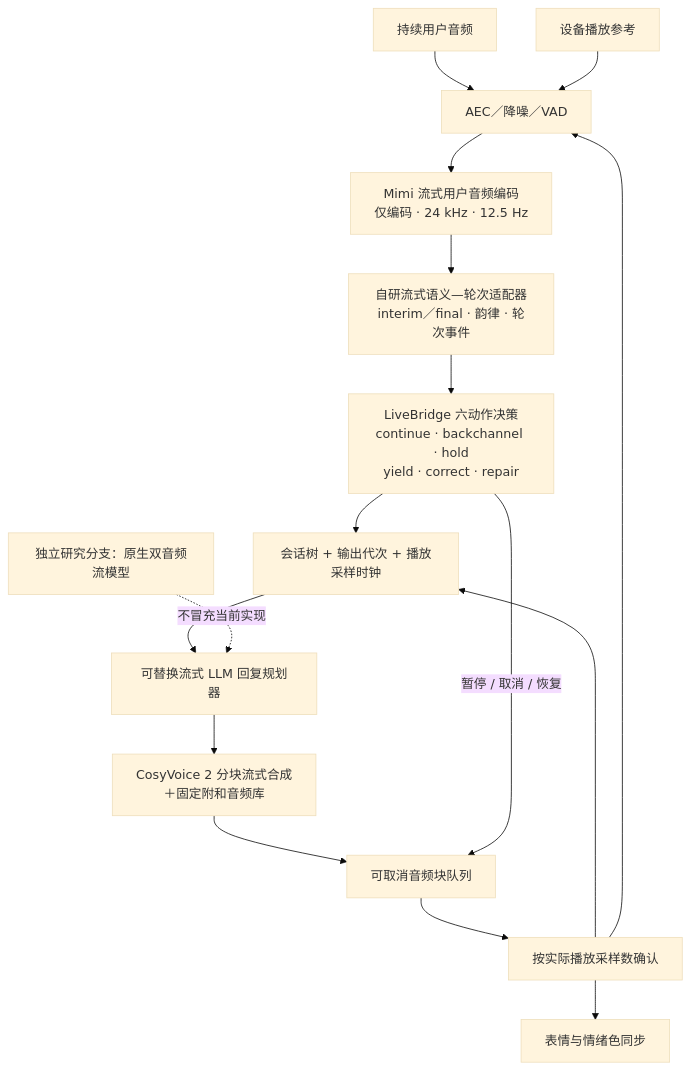
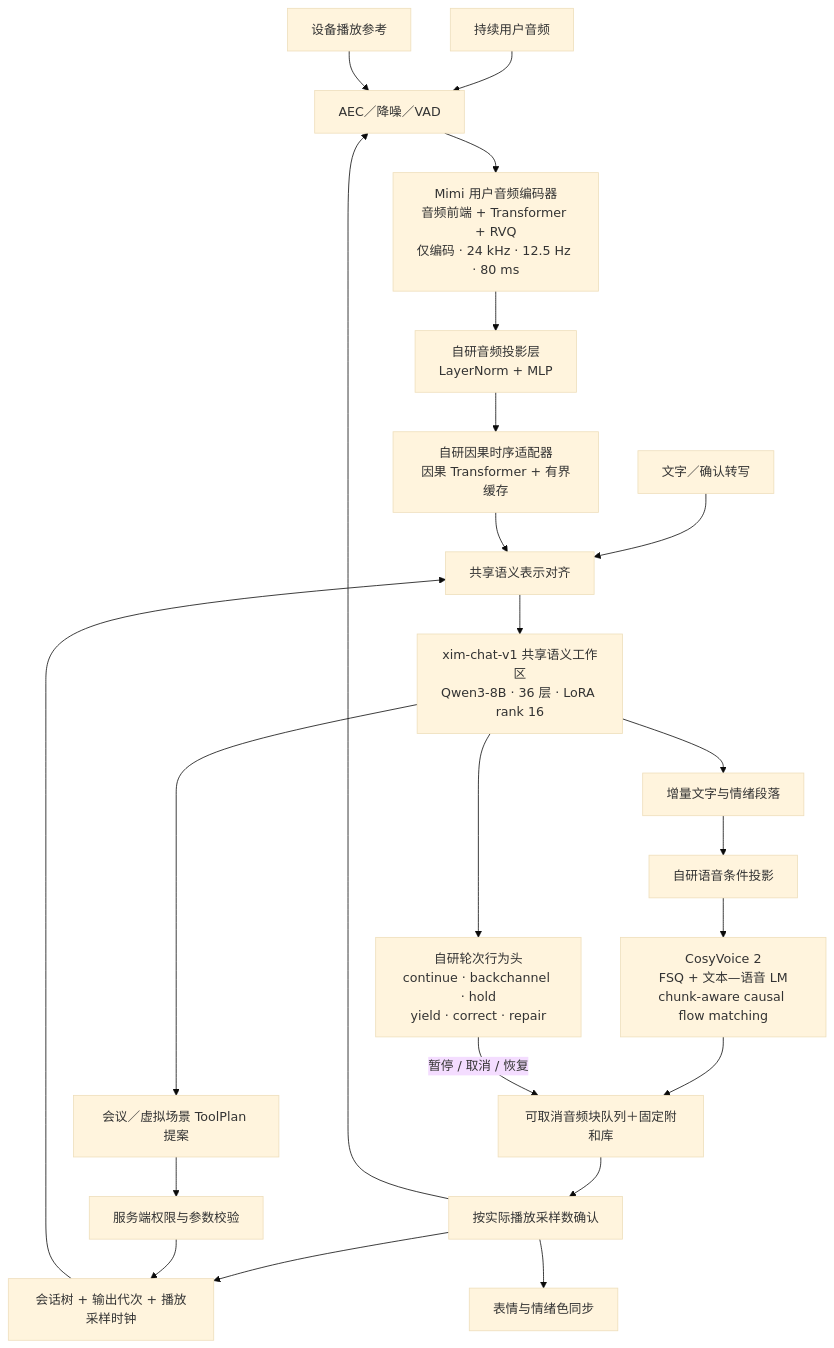
One commit to wuki-creator/Xim-duplex changed the fifth of 6 diagrams in docs/MODEL_FLOW.md. Above: the diagram before and after it, drawn with Mermaid (base theme). The commit also changed other lines of this file and 6 other files, not shown here.

Commit message:
docs: define MOSS-free multimodal fusion architecture

````diff
--- a/docs/MODEL_FLOW.md
+++ b/docs/MODEL_FLOW.md
@@ -123,18 +123,25 @@
 ```mermaid
 flowchart TD
     AUDIO[持续用户音频] --> AEC[AEC／降噪／VAD]
     REF[设备播放参考] --> AEC
-    AEC --> MIMI[Mimi 流式用户音频编码<br/>仅编码 · 24 kHz · 12.5 Hz]
-    MIMI --> ADAPT[自研流式语义—轮次适配器<br/>interim／final · 韵律 · 轮次事件]
-    ADAPT --> POLICY[LiveBridge 六动作决策<br/>continue · backchannel · hold<br/>yield · correct · repair]
-    POLICY --> STATE[会话树 + 输出代次 + 播放采样时钟]
-    STATE --> GEN[可替换流式 LLM 回复规划器]
-    GEN --> CV2[CosyVoice 2 分块流式合成<br/>＋固定附和音频库]
-    CV2 --> PLAY[可取消音频块队列]
+    AEC --> MIMI[Mimi 用户音频编码器<br/>音频前端 + Transformer + RVQ<br/>仅编码 · 24 kHz · 12.5 Hz · 80 ms]
+    MIMI --> PROJ[自研音频投影层<br/>LayerNorm + MLP]
+    PROJ --> ADAPT[自研因果时序适配器<br/>因果 Transformer + 有界缓存]
+    TEXT[文字／确认转写] --> ALIGN[共享语义表示对齐]
+    ADAPT --> ALIGN
+    STATE[会话树 + 输出代次 + 播放采样时钟] --> ALIGN
+    ALIGN --> XIM[xim-chat-v1 共享语义工作区<br/>Qwen3-8B · 36 层 · LoRA rank 16]
+    XIM --> POLICY[自研轮次行为头<br/>continue · backchannel · hold<br/>yield · correct · repair]
+    XIM --> SEG[增量文字与情绪段落]
+    SEG --> VPROJ[自研语音条件投影]
+    VPROJ --> CV2[CosyVoice 2<br/>FSQ + 文本—语音 LM<br/>chunk-aware causal flow matching]
+    CV2 --> PLAY[可取消音频块队列＋固定附和库]
     PLAY --> ACK[按实际播放采样数确认]
     ACK --> STATE
     ACK --> AEC
     ACK --> FACE[表情与情绪色同步]
     POLICY -->|暂停 / 取消 / 恢复| PLAY
-    RESEARCH[独立研究分支：原生双音频流模型] -.不冒充当前实现.-> GEN
+    XIM --> PLAN[会议／虚拟场景 ToolPlan 提案]
+    PLAN --> CHECK[服务端权限与参数校验]
+    CHECK --> STATE
 ```
````
